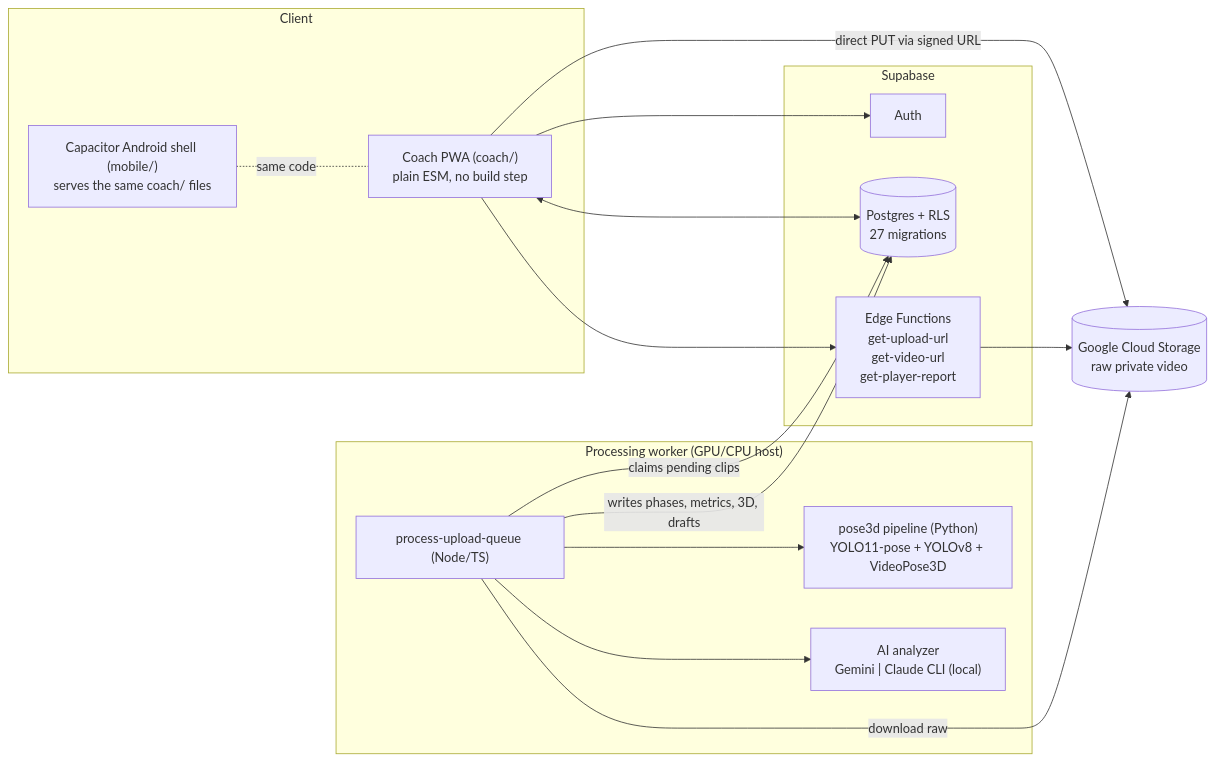
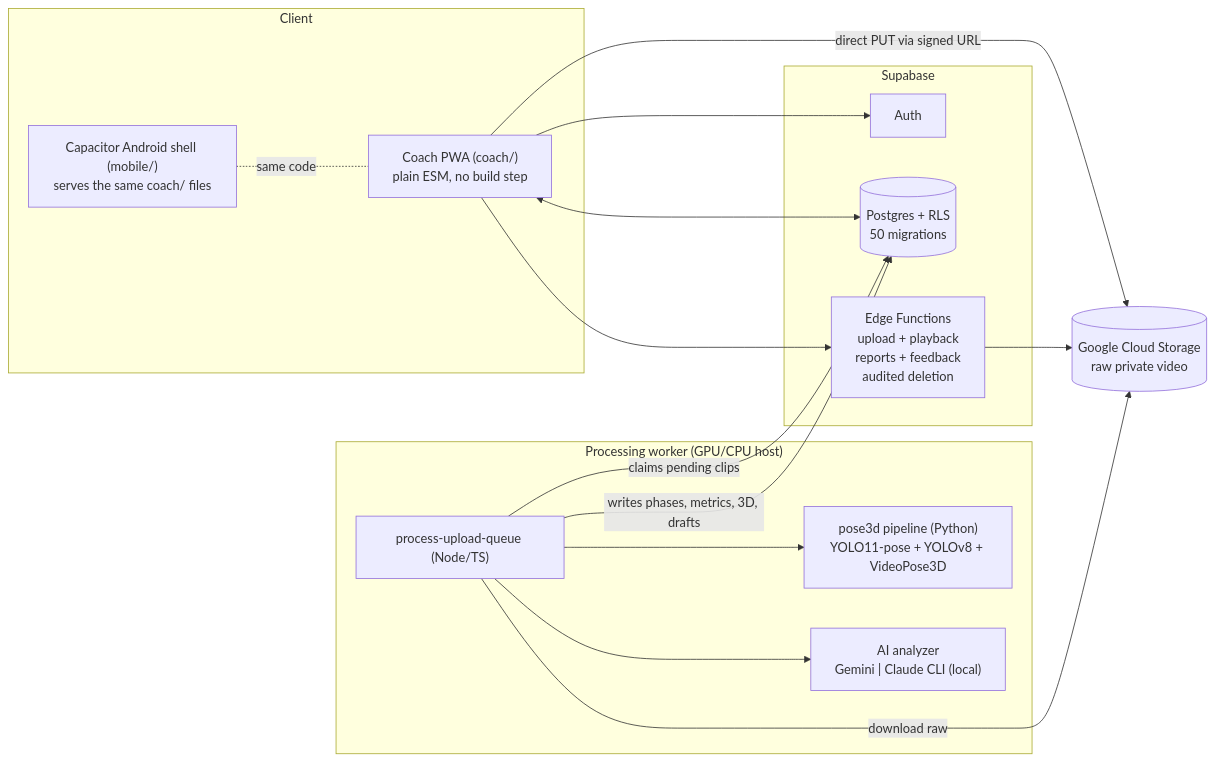
One commit to jonmcurry/player-scouting-report changed the diagram in readme.md. Above: the diagram before and after it, drawn with Mermaid. The commit also changed other lines of this file and 38 other files, not shown here.

````diff
--- a/readme.md
+++ b/readme.md
@@ -157,29 +140,29 @@
 ```mermaid
 flowchart LR
   subgraph Client
     PWA["Coach PWA (coach/)<br/>plain ESM, no build step"]
     APK["Capacitor Android shell (mobile/)<br/>serves the same coach/ files"]
   end
   subgraph Supabase
     AUTH["Auth"]
-    DB[("Postgres + RLS<br/>27 migrations")]
-    EF["Edge Functions<br/>get-upload-url<br/>get-video-url<br/>get-player-report"]
+    DB[("Postgres + RLS<br/>50 migrations")]
+    EF["Edge Functions<br/>upload + playback<br/>reports + feedback<br/>audited deletion"]
   end
   GCS[("Google Cloud Storage<br/>raw private video")]
   subgraph Worker["Processing worker (GPU/CPU host)"]
     Q["process-upload-queue (Node/TS)"]
     PY["pose3d pipeline (Python)<br/>YOLO11-pose + YOLOv8 + VideoPose3D"]
     AI["AI analyzer<br/>Gemini | Claude CLI (local)"]
   end
   PWA --> AUTH
   PWA <--> DB
   APK -.same code.- PWA
   PWA --> EF
   PWA -- "direct PUT via signed URL" --> GCS
   EF --> GCS
   Q -- "claims pending clips" --> DB
   Q -- "download raw" --> GCS
   Q --> PY
   Q --> AI
   Q -- "writes phases, metrics, 3D, drafts" --> DB
 ```
````
